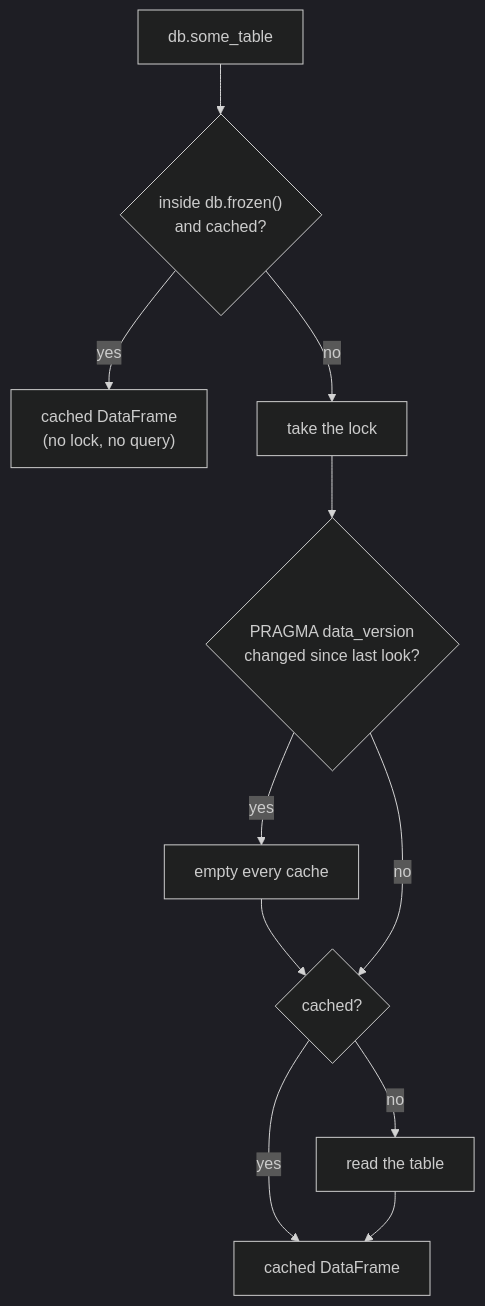
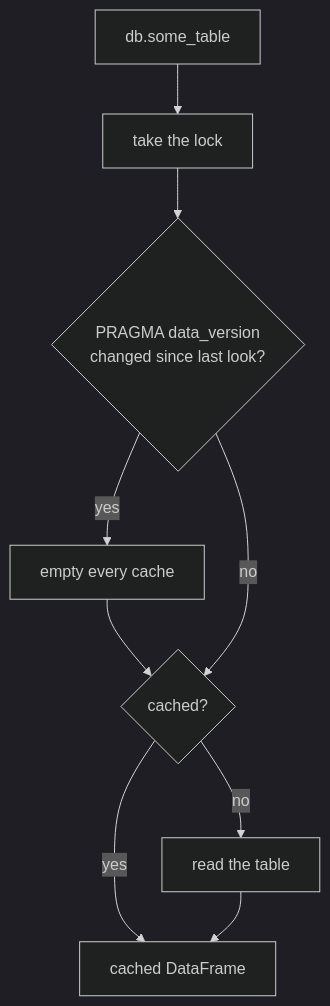
Before and after one commit to vambrosi/ODyn: the fourth of 6 diagrams in docs/database.md, drawn with Mermaid (dark theme). The commit also changed other lines of this file and 3 other files, not shown here.

````diff
--- a/docs/database.md
+++ b/docs/database.md
@@ -114,11 +114,9 @@
 ```mermaid
 flowchart TB
-    read["db.some_table"] --> frozen{"inside db.frozen()<br/>and cached?"}
-    frozen -- yes --> hit["cached DataFrame<br/>(no lock, no query)"]
-    frozen -- no --> take["take the lock"]
+    read["db.some_table"] --> take["take the lock"]
     take --> version{"PRAGMA data_version<br/>changed since last look?"}
     version -- yes --> empty["empty every cache"] --> cached
     version -- no --> cached{"cached?"}
     cached -- yes --> hit2["cached DataFrame"]
     cached -- no --> query["read the table"] --> hit2
 ```
````
